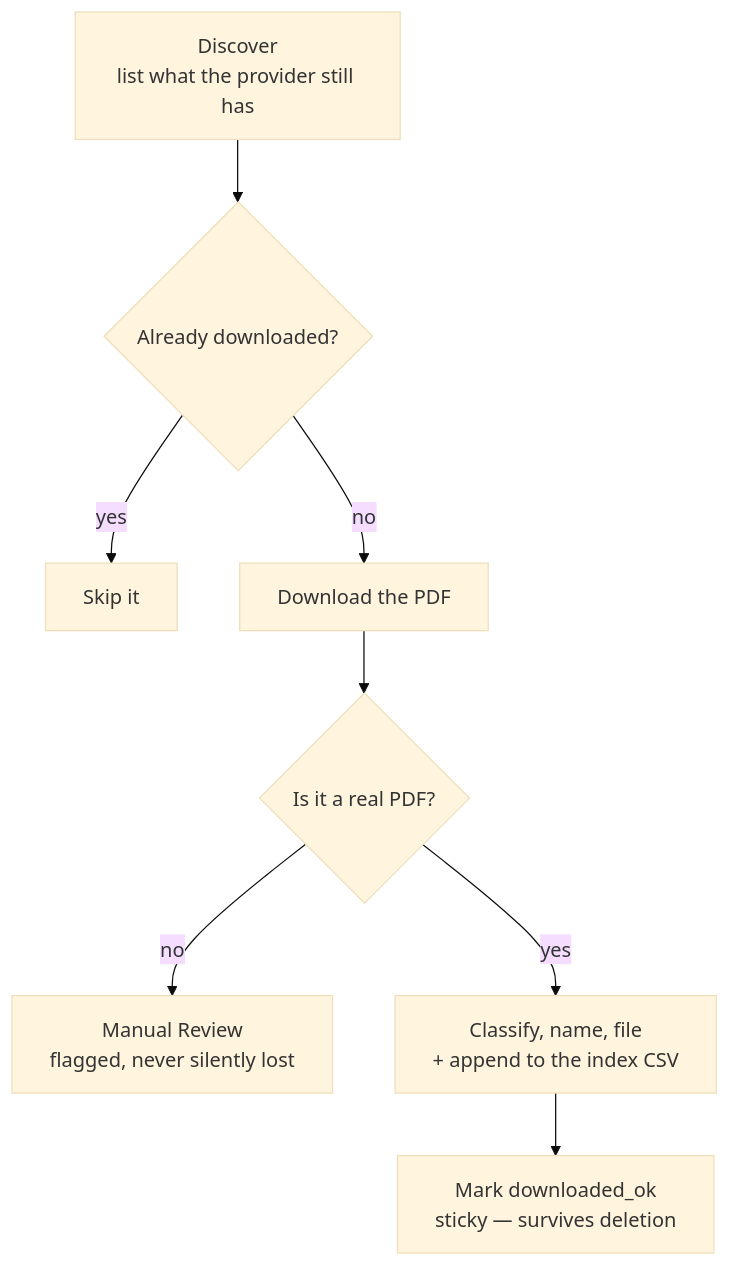
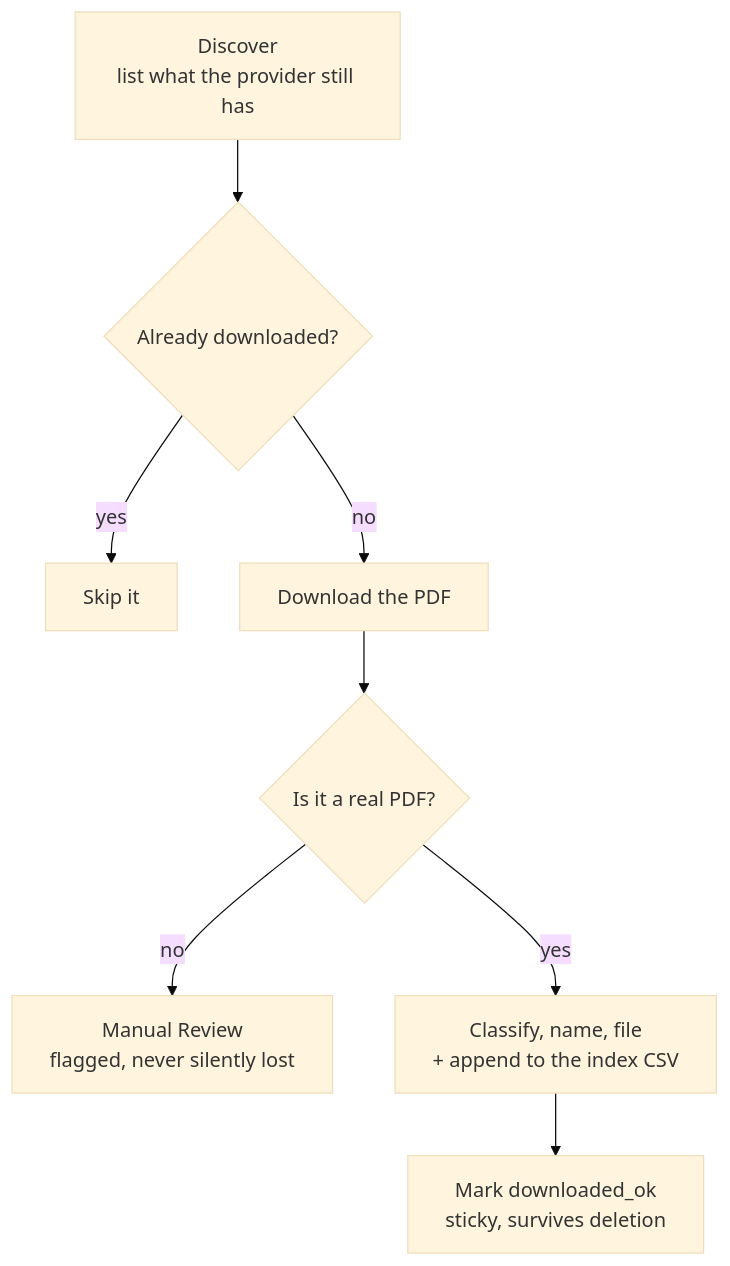
The second of 2 diagrams in README.md (rheeloaded/paperpull), drawn with Mermaid (base theme) before and after one commit. The commit also changed other lines of this file and 129 other files, not shown here.

````diff
--- a/README.md
+++ b/README.md
@@ -98,10 +98,10 @@
 ```mermaid
 flowchart TB
     D["Discover<br/>list what the provider still has"] --> Q{"Already downloaded?"}
     Q -->|yes| S["Skip it"]
     Q -->|no| DL["Download the PDF"]
     DL --> V{"Is it a real PDF?"}
     V -->|no| MR["Manual Review<br/>flagged, never silently lost"]
     V -->|yes| F["Classify, name, file<br/>+ append to the index CSV"]
-    F --> OK["Mark downloaded_ok<br/>sticky — survives deletion"]
+    F --> OK["Mark downloaded_ok<br/>sticky, survives deletion"]
 ```
````
